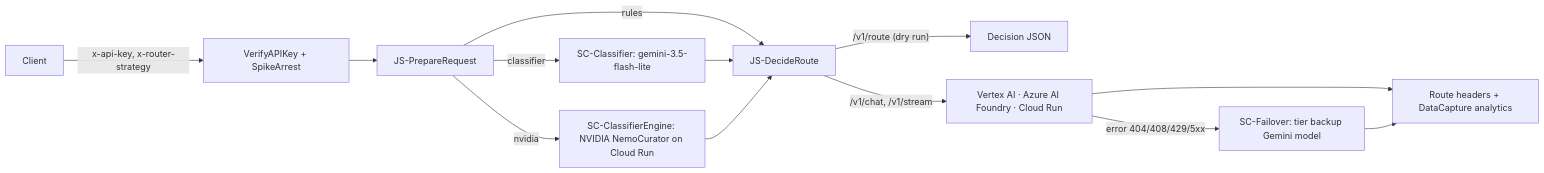
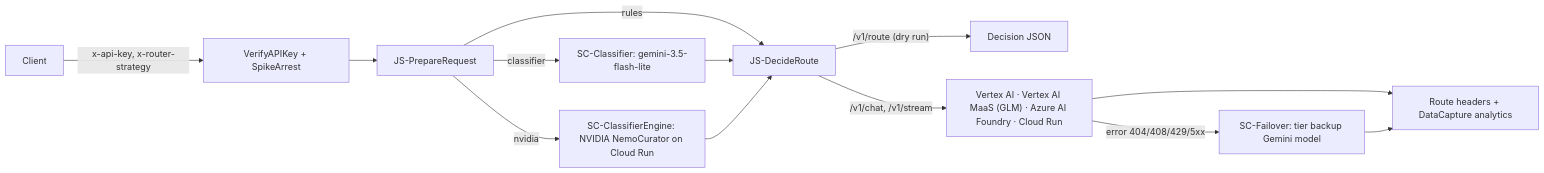
One commit to welylau/apigee-model-routing-demo changed the diagram in docs/request-flow.mmd. Above: the diagram before and after it, drawn with Mermaid. The commit also changed 19 other files, not shown here.

First line of the commit message:
Add GLM 5.2 via Vertex AI MaaS

```diff
--- a/docs/request-flow.mmd
+++ b/docs/request-flow.mmd
@@ -1,11 +1,11 @@
 flowchart LR
   C[Client] -->|x-api-key, x-router-strategy| A[VerifyAPIKey + SpikeArrest]
   A --> P[JS-PrepareRequest]
   P -->|rules| D[JS-DecideRoute]
   P -->|classifier| SC1[SC-Classifier: gemini-3.5-flash-lite] --> D
   P -->|nvidia| SC2["SC-ClassifierEngine: NVIDIA NemoCurator on Cloud Run"] --> D
   D -->|"/v1/route (dry run)"| R[Decision JSON]
-  D -->|"/v1/chat, /v1/stream"| T["Vertex AI · Azure AI Foundry · Cloud Run"]
+  D -->|"/v1/chat, /v1/stream"| T["Vertex AI · Vertex AI MaaS (GLM) · Azure AI Foundry · Cloud Run"]
   T -->|error 404/408/429/5xx| F["SC-Failover: tier backup Gemini model"]
   T --> H[Route headers + DataCapture analytics]
   F --> H
```
